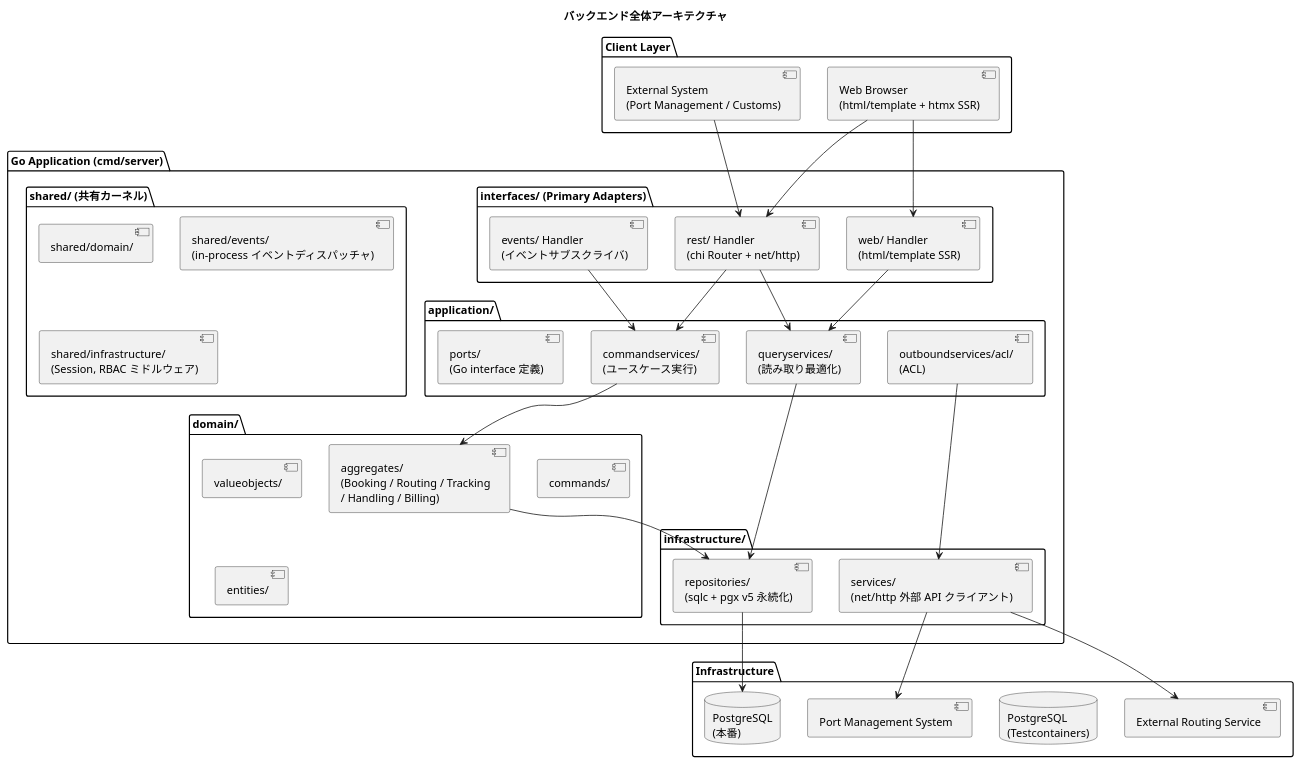
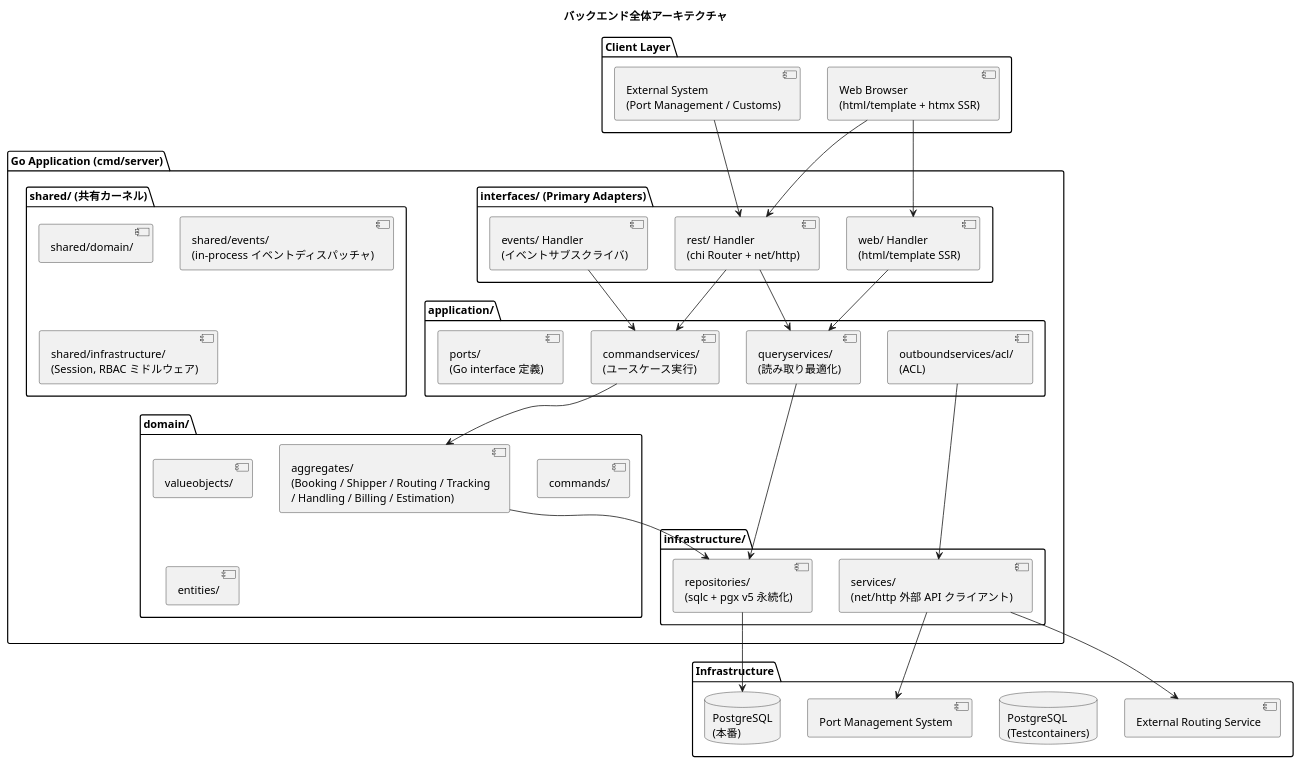
The first of 7 diagrams in docs/design/architecture_backend.md (k2works/case-study-cargo-tracker), drawn with PlantUML before and after one commit. The commit also changed other lines of this file and 5 other files, not shown here.

````diff
--- a/docs/design/architecture_backend.md
+++ b/docs/design/architecture_backend.md
@@ -39,72 +39,72 @@
 ```plantuml
 @startuml
 title バックエンド全体アーキテクチャ
 
 package "Client Layer" {
   [Web Browser\n(html/template + htmx SSR)]
   [External System\n(Port Management / Customs)]
 }
 
 package "Go Application (cmd/server)" {
 
   package "interfaces/ (Primary Adapters)" {
     [rest/ Handler\n(chi Router + net/http)]
     [web/ Handler\n(html/template SSR)]
     [events/ Handler\n(イベントサブスクライバ)]
   }
 
   package "application/" {
     [commandservices/\n(ユースケース実行)]
     [queryservices/\n(読み取り最適化)]
     [outboundservices/acl/\n(ACL)]
     [ports/\n(Go interface 定義)]
   }
 
   package "domain/" {
-    [aggregates/\n(Booking / Routing / Tracking\n/ Handling / Billing)]
+    [aggregates/\n(Booking / Shipper / Routing / Tracking\n/ Handling / Billing / Estimation)]
     [valueobjects/]
     [commands/]
     [entities/]
   }
 
   package "infrastructure/" {
     [repositories/\n(sqlc + pgx v5 永続化)]
     [services/\n(net/http 外部 API クライアント)]
   }
 
   package "shared/ (共有カーネル)" {
     [shared/domain/]
     [shared/events/\n(in-process イベントディスパッチャ)]
     [shared/infrastructure/\n(Session, RBAC ミドルウェア)]
   }
 }
 
 package "Infrastructure" {
   database "PostgreSQL\n(本番)"
   database "PostgreSQL\n(Testcontainers)"
   [External Routing Service]
   [Port Management System]
 }
 
 [Web Browser\n(html/template + htmx SSR)] --> [rest/ Handler\n(chi Router + net/http)]
 [Web Browser\n(html/template + htmx SSR)] --> [web/ Handler\n(html/template SSR)]
 [External System\n(Port Management / Customs)] --> [rest/ Handler\n(chi Router + net/http)]
 
 [rest/ Handler\n(chi Router + net/http)] --> [commandservices/\n(ユースケース実行)]
 [rest/ Handler\n(chi Router + net/http)] --> [queryservices/\n(読み取り最適化)]
 [web/ Handler\n(html/template SSR)] --> [queryservices/\n(読み取り最適化)]
 [events/ Handler\n(イベントサブスクライバ)] --> [commandservices/\n(ユースケース実行)]
 
-[commandservices/\n(ユースケース実行)] --> [aggregates/\n(Booking / Routing / Tracking\n/ Handling / Billing)]
+[commandservices/\n(ユースケース実行)] --> [aggregates/\n(Booking / Shipper / Routing / Tracking\n/ Handling / Billing / Estimation)]
 [outboundservices/acl/\n(ACL)] --> [services/\n(net/http 外部 API クライアント)]
 
 [queryservices/\n(読み取り最適化)] --> [repositories/\n(sqlc + pgx v5 永続化)]
 
-[aggregates/\n(Booking / Routing / Tracking\n/ Handling / Billing)] --> [repositories/\n(sqlc + pgx v5 永続化)]
+[aggregates/\n(Booking / Shipper / Routing / Tracking\n/ Handling / Billing / Estimation)] --> [repositories/\n(sqlc + pgx v5 永続化)]
 
 [repositories/\n(sqlc + pgx v5 永続化)] --> [PostgreSQL\n(本番)]
 [services/\n(net/http 外部 API クライアント)] --> [External Routing Service]
 [services/\n(net/http 外部 API クライアント)] --> [Port Management System]
 
 @enduml
 ```
````
